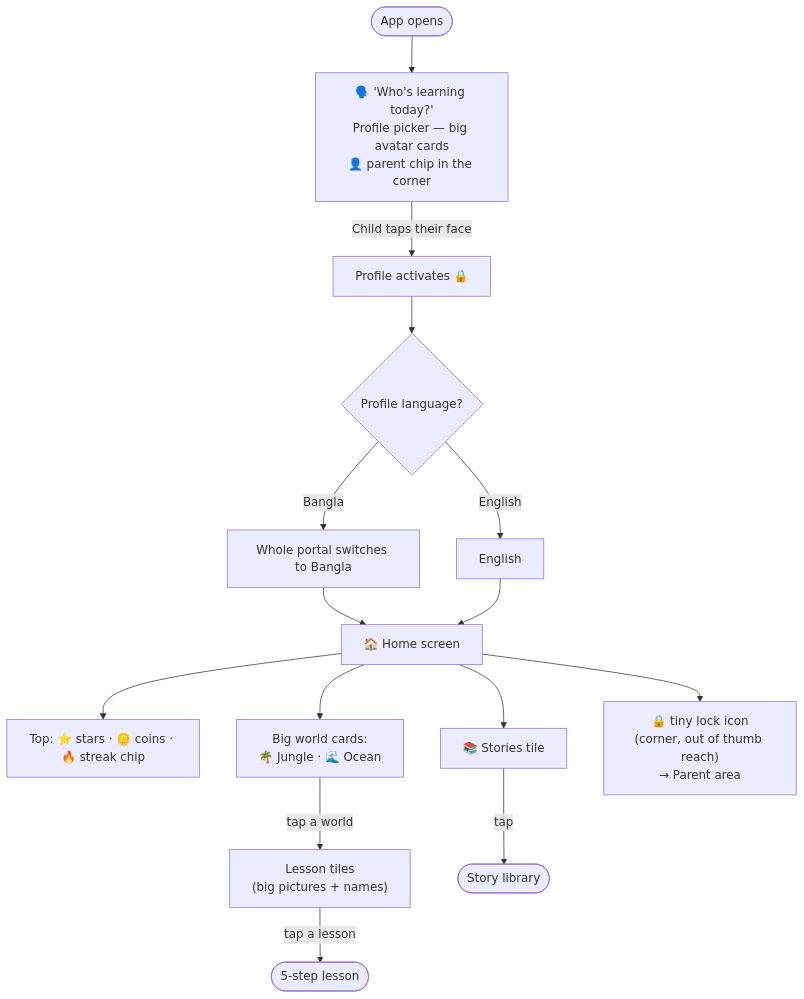
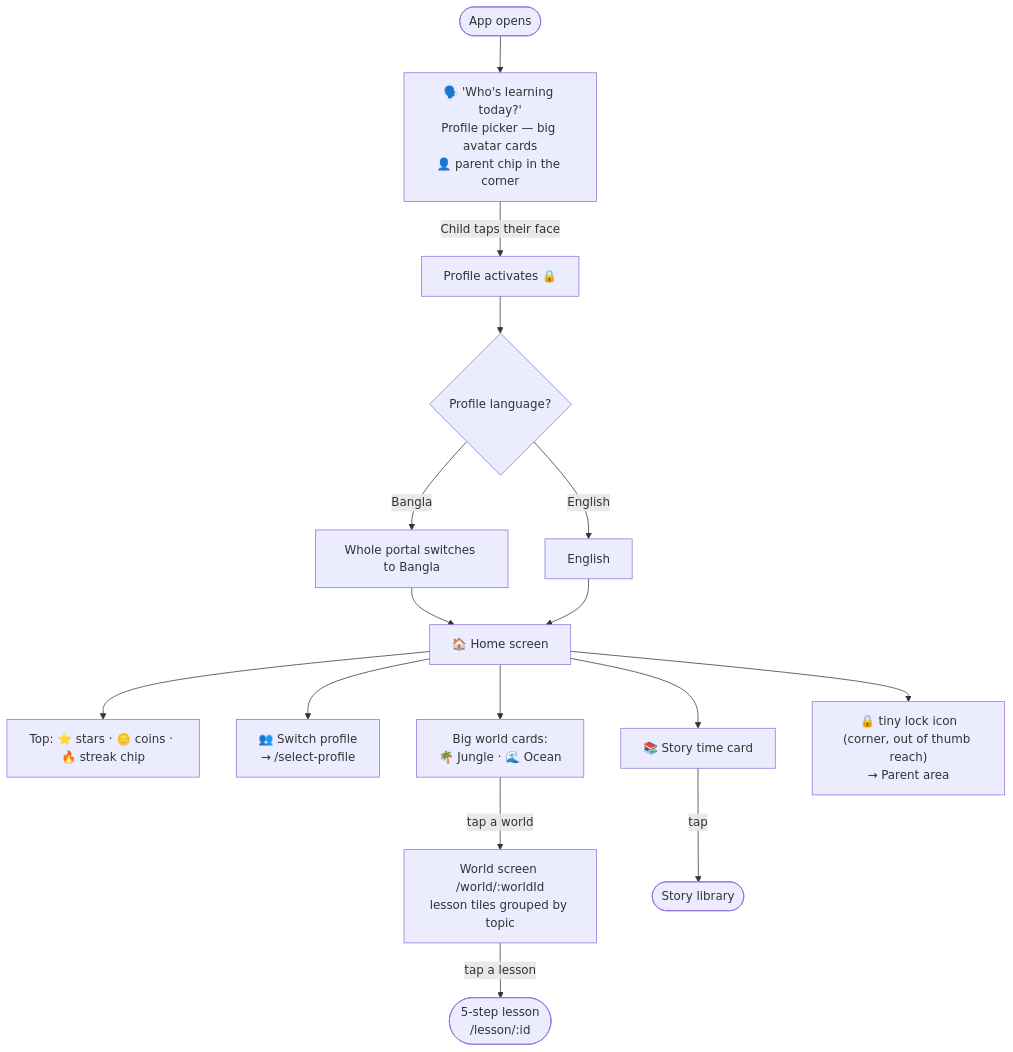
Before and after one commit to salmanbd100/kidlearn: the fourth of 26 diagrams in document/user-journey-manual.md, drawn with Mermaid. The commit also changed other lines of this file and 43 other files, not shown here.

````diff
--- a/document/user-journey-manual.md
+++ b/document/user-journey-manual.md
@@ -143,19 +145,20 @@
 ```mermaid
 flowchart TD
     Start([App opens]) --> PS["🗣️ 'Who's learning today?'<br/>Profile picker — big avatar cards<br/>👤 parent chip in the corner"]
     PS -->|Child taps their face| ACT[Profile activates 🔒]
     ACT --> Lang{Profile language?}
     Lang -->|Bangla| BN[Whole portal switches to Bangla]
     Lang -->|English| EN[English]
     BN --> Home
     EN --> Home["🏠 Home screen"]
 
     Home --> Strip["Top: ⭐ stars · 🪙 coins · 🔥 streak chip"]
+    Home --> Switch["👥 Switch profile<br/>→ /select-profile"]
     Home --> Worlds["Big world cards:<br/>🌴 Jungle · 🌊 Ocean"]
-    Home --> Stories["📚 Stories tile"]
+    Home --> Stories["📚 Story time card"]
     Home --> Lock["🔒 tiny lock icon<br/>(corner, out of thumb reach)<br/>→ Parent area"]
 
-    Worlds -->|tap a world| Browse["Lesson tiles<br/>(big pictures + names)"]
-    Browse -->|tap a lesson| Lesson([5-step lesson])
+    Worlds -->|tap a world| Browse["World screen /world/:worldId<br/>lesson tiles grouped by topic"]
+    Browse -->|tap a lesson| Lesson([5-step lesson<br/>/lesson/:id])
     Stories -->|tap| Library([Story library])
 ```
````
